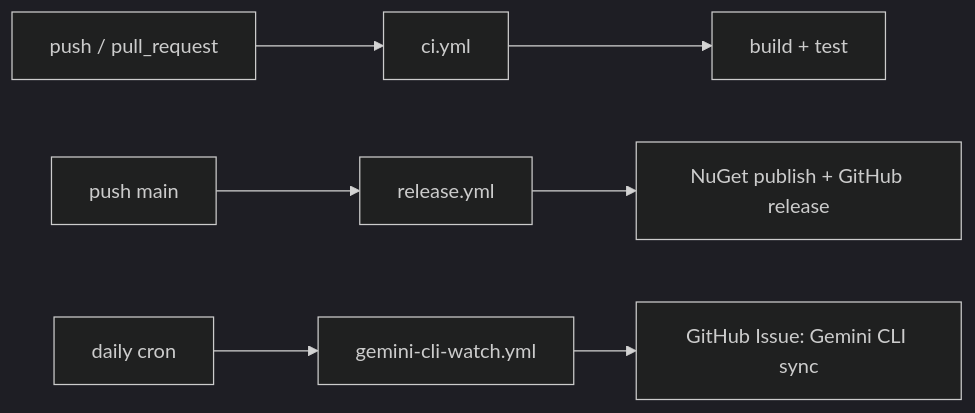
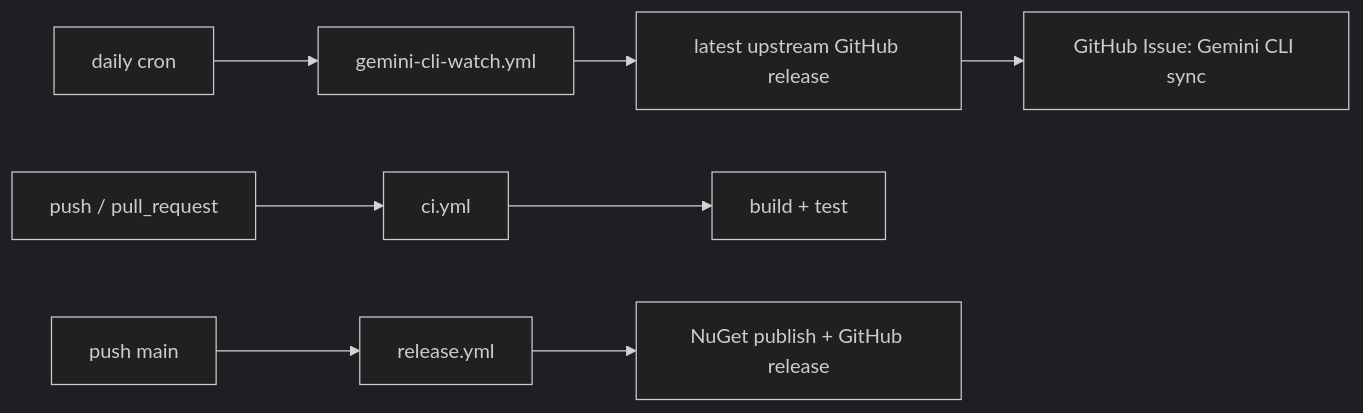
The diagram in docs/Features/release-and-sync-automation.md (managedcode/GeminiSharpSDK), drawn with Mermaid (dark theme) before and after one commit. The commit also changed other lines of this file and 2 other files, not shown here.

Commit message:
Track Gemini CLI releases in sync workflow

````diff
--- a/docs/Features/release-and-sync-automation.md
+++ b/docs/Features/release-and-sync-automation.md
@@ -57,9 +57,10 @@
 ```mermaid
 flowchart LR
   Push["push / pull_request"] --> CI["ci.yml"]
   Main["push main"] --> Release["release.yml"]
   Daily["daily cron"] --> Watch["gemini-cli-watch.yml"]
-  Watch --> Issue["GitHub Issue: Gemini CLI sync"]
+  Watch --> UpstreamRelease["latest upstream GitHub release"]
+  UpstreamRelease --> Issue["GitHub Issue: Gemini CLI sync"]
   CI --> Quality["build + test"]
   Release --> NuGet["NuGet publish + GitHub release"]
 ```
````
